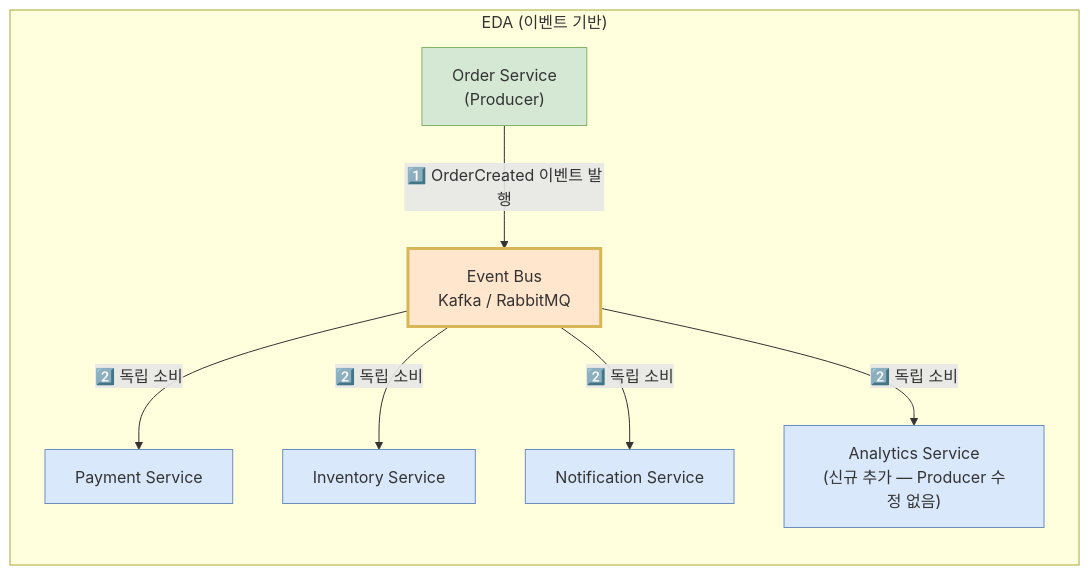
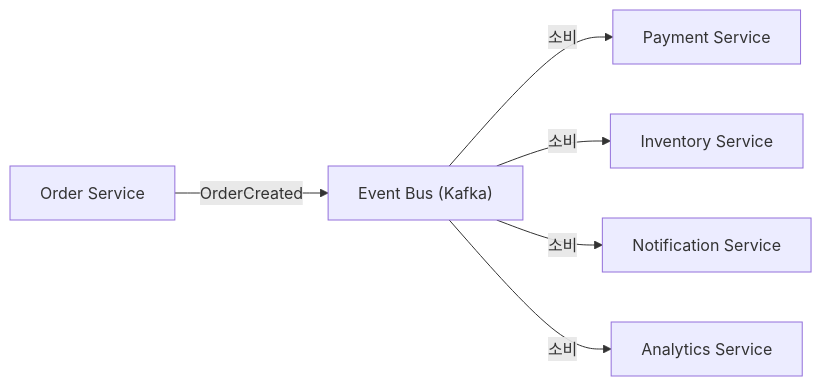
Before and after one commit to yjkim2015/yjkim2015.github.io: the second of 4 diagrams in _posts/architecture/2026-05-01-event-driven.md, drawn with Mermaid. The commit also changed other lines of this file and 215 other files, not shown here.

First line of the commit message:
신규 포스트 10개 추가 + Mermaid 전면 축소 + SystemDesign 시리즈 보강

````diff
--- a/_posts/architecture/2026-05-01-event-driven.md
+++ b/_posts/architecture/2026-05-01-event-driven.md
@@ -55,25 +49,8 @@
 ```mermaid
 graph LR
-    subgraph "EDA (이벤트 기반)"
-        OS2["Order Service\n(Producer)"]
-        EB["Event Bus\nKafka / RabbitMQ"]
-        PS2["Payment Service"]
-        IS2["Inventory Service"]
-        NS2["Notification Service"]
-        AN["Analytics Service\n(신규 추가 — Producer 수정 없음)"]
-
-        OS2 -->|"1️⃣ OrderCreated 이벤트 발행"| EB
-        EB -->|"2️⃣ 독립 소비"| PS2
-        EB -->|"2️⃣ 독립 소비"| IS2
-        EB -->|"2️⃣ 독립 소비"| NS2
-        EB -->|"2️⃣ 독립 소비"| AN
-    end
-
-    classDef producer fill:#D5E8D4,stroke:#82B366
-    classDef broker fill:#FFE6CC,stroke:#D6B656,stroke-width:3px
-    classDef consumer fill:#DAE8FC,stroke:#6C8EBF
-
-    class OS2 producer
-    class EB broker
-    class PS2,IS2,NS2,AN consumer
+    OS["Order Service"] -->|"OrderCreated"| EB["Event Bus (Kafka)"]
+    EB -->|"소비"| PS["Payment Service"]
+    EB -->|"소비"| IS["Inventory Service"]
+    EB -->|"소비"| NS["Notification Service"]
+    EB -->|"소비"| AN["Analytics Service"]
 ```
````
